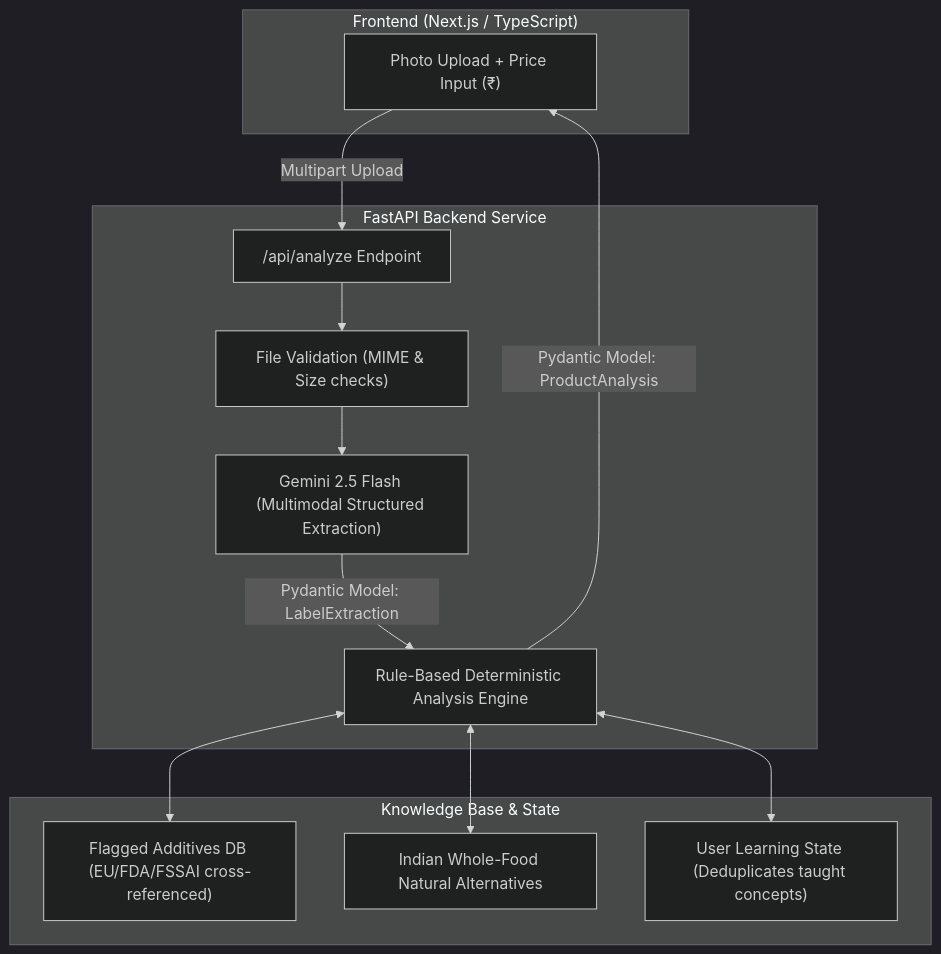
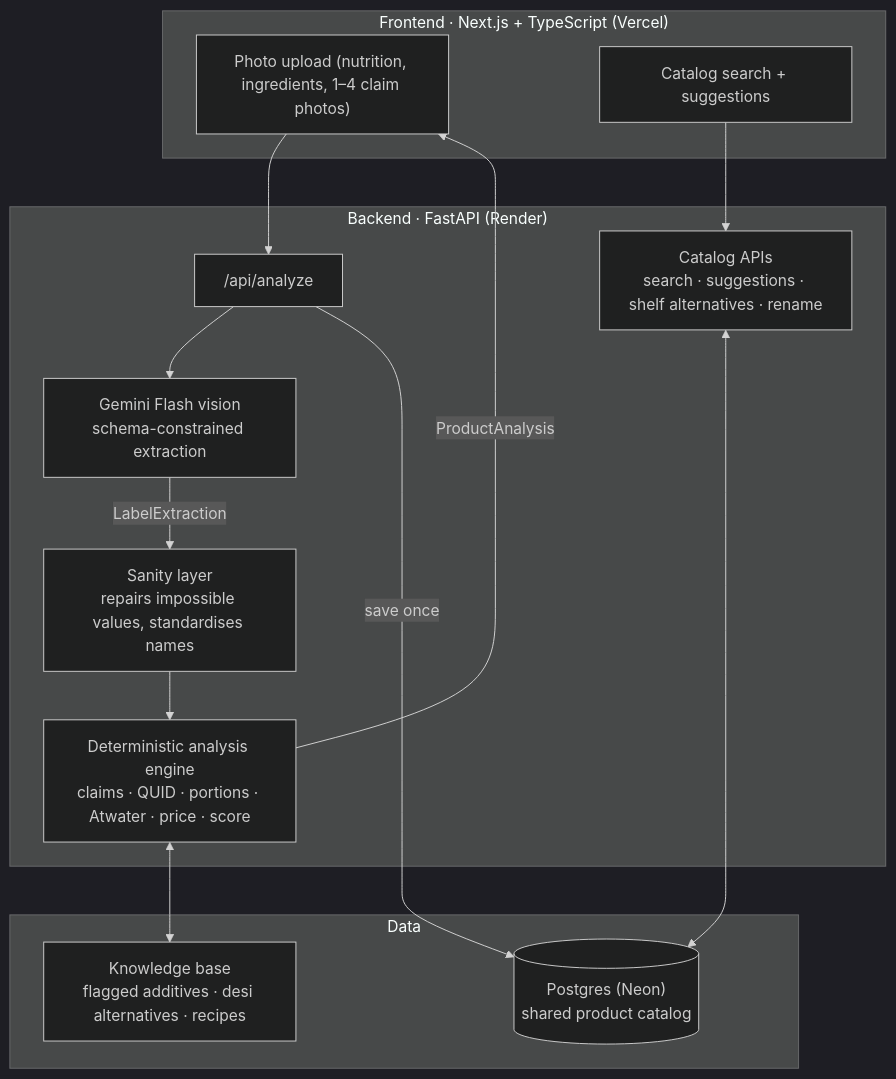
The diagram in README.md (Utsav202004/LabelPadho), drawn with Mermaid (dark theme) before and after one commit. The commit also changed other lines of this file and 12 other files, not shown here.

First line of the commit message:
feat: shared catalog upgrades — rename, shelf rankings, MRP, multi-photo claims

````diff
--- a/README.md
+++ b/README.md
@@ -21,28 +32,25 @@
 ```mermaid
 flowchart TD
-    subgraph Client["Frontend (Next.js / TypeScript)"]
-        UI["Photo Upload + Price Input (₹)"]
+    subgraph Client["Frontend · Next.js + TypeScript (Vercel)"]
+        UP["Photo upload (nutrition, ingredients, 1–4 claim photos)"]
+        SR["Catalog search + suggestions"]
     end
 
-    subgraph Backend["FastAPI Backend Service"]
-        EP["/api/analyze Endpoint"]
-        VAL["File Validation (MIME & Size checks)"]
-        GEM["Gemini 2.5 Flash (Multimodal Structured Extraction)"]
-        ENG["Rule-Based Deterministic Analysis Engine"]
+    subgraph API["Backend · FastAPI (Render)"]
+        AN["/api/analyze"]
+        GEM["Gemini Flash vision<br/>schema-constrained extraction"]
+        SAN["Sanity layer<br/>repairs impossible values, standardises names"]
+        ENG["Deterministic analysis engine<br/>claims · QUID · portions · Atwater · price · score"]
+        CAT["Catalog APIs<br/>search · suggestions · shelf alternatives · rename"]
     end
 
-    subgraph Knowledge["Knowledge Base & State"]
-        ADD["Flagged Additives DB (EU/FDA/FSSAI cross-referenced)"]
-        NAT["Indian Whole-Food Natural Alternatives"]
-        LRN["User Learning State (Deduplicates taught concepts)"]
+    subgraph Data["Data"]
+        PG[("Postgres (Neon)<br/>shared product catalog")]
+        KB["Knowledge base<br/>flagged additives · desi alternatives · recipes"]
     end
 
-    UI -->|Multipart Upload| EP
-    EP --> VAL
-    VAL --> GEM
-    GEM -->|Pydantic Model: LabelExtraction| ENG
-    ENG <--> ADD
-    ENG <--> NAT
-    ENG <--> LRN
-    ENG -->|Pydantic Model: ProductAnalysis| UI
+    UP --> AN --> GEM -->|LabelExtraction| SAN --> ENG -->|ProductAnalysis| UP
+    ENG <--> KB
+    AN -->|save once| PG
+    SR --> CAT <--> PG
 ```
````
